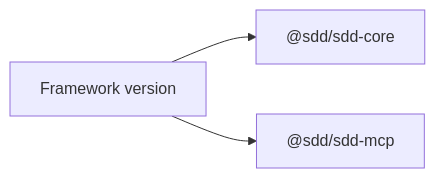
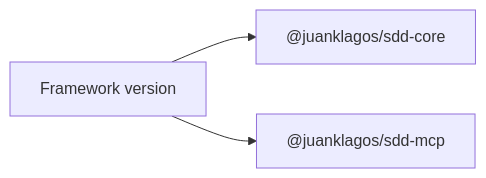
One commit to juanklagos/spec-driven-development-template changed the diagram in docs/en/37-versioning-strategy.md. Above: the diagram before and after it, drawn with Mermaid. The commit also changed other lines of this file and 14 other files, not shown here.

````diff
--- a/docs/en/37-versioning-strategy.md
+++ b/docs/en/37-versioning-strategy.md
@@ -9,5 +9,5 @@
 ```mermaid
 flowchart LR
-  A["Framework version"] --> B["@sdd/sdd-core"]
-  A --> C["@sdd/sdd-mcp"]
+  A["Framework version"] --> B["@juanklagos/sdd-core"]
+  A --> C["@juanklagos/sdd-mcp"]
 ```
````
